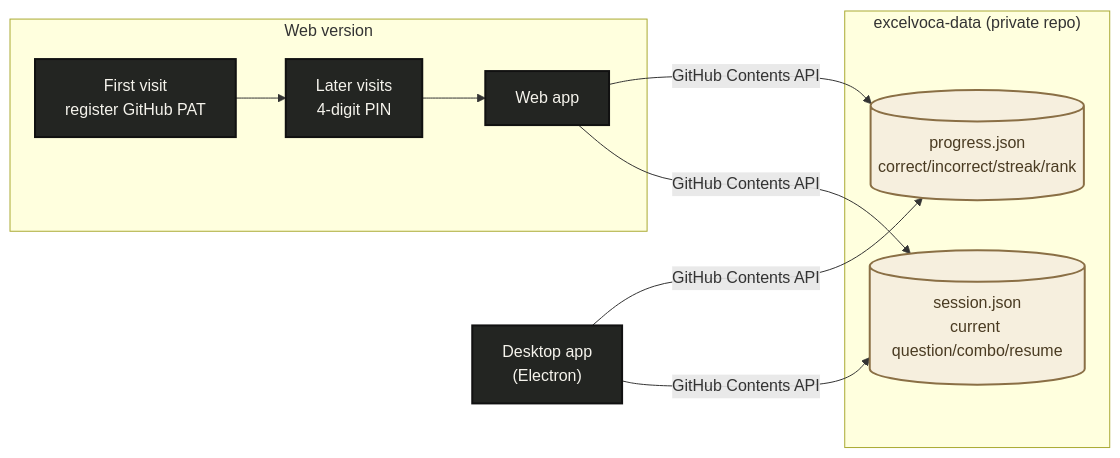
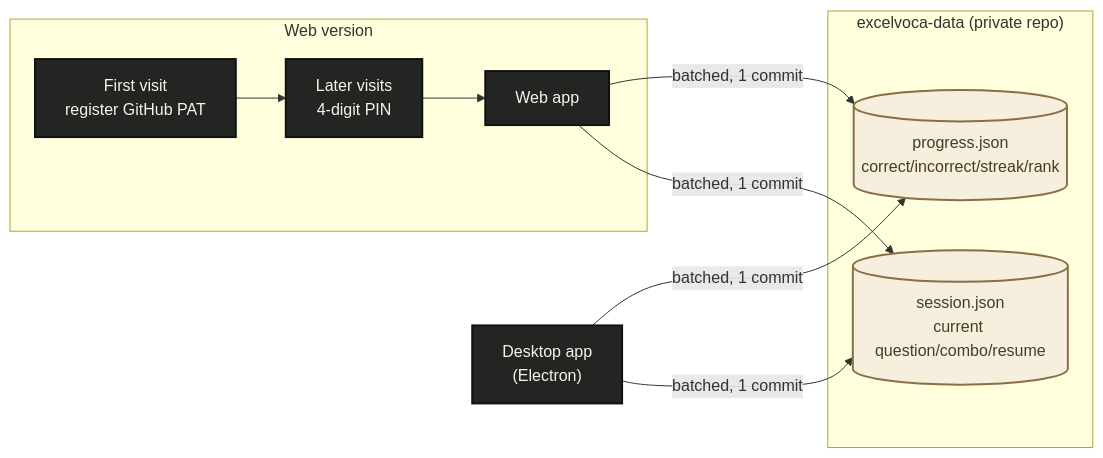
Before and after one commit to ditto-404/excelvoca-web: the second of 2 diagrams in README.md, drawn with Mermaid. The commit also changed other lines of this file and 4 other files, not shown here.

````diff
--- a/README.md
+++ b/README.md
@@ -152,27 +156,27 @@
 ```mermaid
 flowchart LR
     accTitle: ExcelVoca Progress Sync Architecture In Detail
-    accDescr: Shows the web version's auth flow (register a GitHub PAT on first visit, then unlock with a 4-digit PIN afterward) and both the desktop app and web version reading and writing progress.json and session.json via the GitHub Contents API.
+    accDescr: Shows the web version's auth flow (register a GitHub PAT on first visit, then unlock with a 4-digit PIN afterward) and both the desktop app and web version saving progress.json and session.json locally first, then pushing them to the private repository together as a single batched commit.
 
     subgraph web_layer ["Web version"]
         first_visit["First visit<br/>register GitHub PAT"]:::process_style
         pin_unlock["Later visits<br/>4-digit PIN"]:::process_style
         web["Web app"]:::process_style
     end
 
     desktop["Desktop app<br/>(Electron)"]:::process_style
 
     subgraph data_repo ["excelvoca-data (private repo)"]
         progress[("progress.json<br/>correct/incorrect/streak/rank")]:::output_style
         session[("session.json<br/>current question/combo/resume")]:::output_style
     end
 
     first_visit --> pin_unlock --> web
-    desktop -->|"GitHub Contents API"| progress
-    desktop -->|"GitHub Contents API"| session
-    web -->|"GitHub Contents API"| progress
-    web -->|"GitHub Contents API"| session
+    desktop -->|"batched, 1 commit"| progress
+    desktop -->|"batched, 1 commit"| session
+    web -->|"batched, 1 commit"| progress
+    web -->|"batched, 1 commit"| session
 
     classDef process_style fill:#232522,stroke:#111111,stroke-width:2px,color:#f5f3ec
     classDef output_style fill:#f6efde,stroke:#8a6f45,stroke-width:2px,color:#4a3b22
 ```
````
